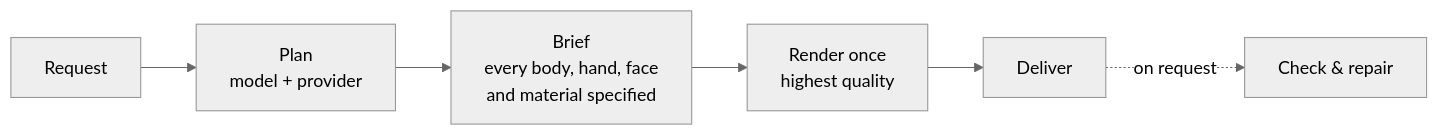
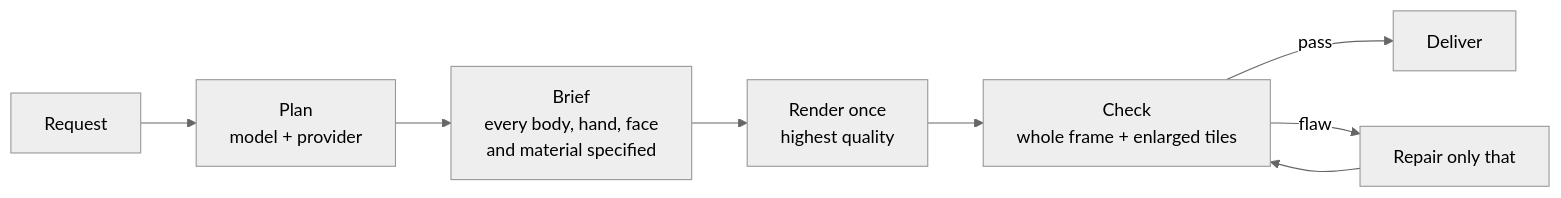
The diagram in README.md (mysterxn-ctrl/unrendered), drawn with Mermaid (neutral theme) before and after one commit. The commit also changed other lines of this file and 14 other files, not shown here.

````diff
--- a/README.md
+++ b/README.md
@@ -143,8 +143,10 @@
 ```mermaid
 flowchart LR
     A[Request] --> B[Plan<br/>model + provider]
     B --> C[Brief<br/>every body, hand, face<br/>and material specified]
     C --> D[Render once<br/>highest quality]
-    D --> E[Deliver]
-    E -. on request .-> F[Check & repair]
+    D --> E[Check<br/>whole frame + enlarged tiles]
+    E -- pass --> G[Deliver]
+    E -- flaw --> F[Repair only that]
+    F --> E
 ```
````
